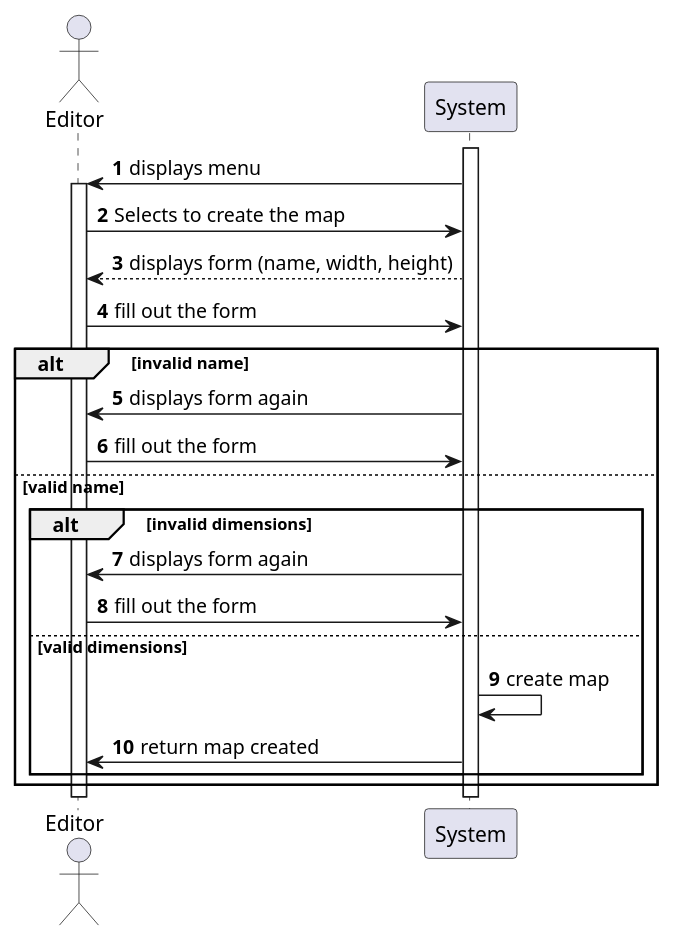
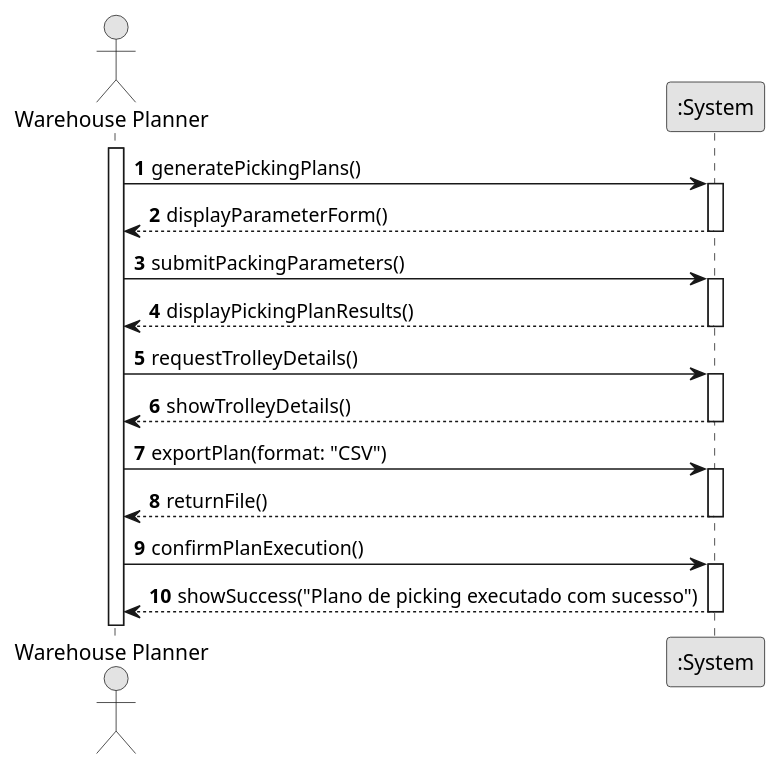
One commit to Departamento-de-Engenharia-Informatica/sem3-pi-25-26-g023-repo changed the diagram in src/SPRINT1/ESINF/USEI03/01.requirements-engineering/puml/USEI03-SSD.puml. Above: the diagram before and after it, drawn with PlantUML. The commit also changed 4 other files, not shown here.

```diff
--- a/src/SPRINT1/ESINF/USEI03/01.requirements-engineering/puml/USEI03-SSD.puml
+++ b/src/SPRINT1/ESINF/USEI03/01.requirements-engineering/puml/USEI03-SSD.puml
@@ -1,28 +1,43 @@
 @startuml
+
+
+skinparam monochrome true
+skinparam packageStyle rectangle
+skinparam shadowing false
 
 autonumber
 
-actor "Editor" as Editor
-participant "System" as System
+
+actor "Warehouse Planner" as Planner
+participant ":System" as System
+
+activate Planner
+
+    Planner -> System: generatePickingPlans()
+    activate System
+        System --> Planner: displayParameterForm()
+    deactivate System
+
+    Planner -> System: submitPackingParameters()
+    activate System
+        System --> Planner: displayPickingPlanResults()
+    deactivate System
+
+    Planner -> System: requestTrolleyDetails()
+    activate System
+        System --> Planner: showTrolleyDetails()
+    deactivate System
+
+    Planner -> System: exportPlan(format: "CSV")
+    activate System
+        System --> Planner: returnFile()
+    deactivate System
+
+    Planner -> System: confirmPlanExecution()
+    activate System
+        System --> Planner: showSuccess("Plano de picking executado com sucesso")
+    deactivate System
 
 
-activate System
-System -> Editor : displays menu
-activate Editor
-Editor -> System : Selects to create the map
-System --> Editor : displays form (name, width, height)
-Editor -> System : fill out the form
-alt invalid name
-    System -> Editor : displays form again
-    Editor -> System : fill out the form
-    else valid name
-    alt invalid dimensions
-        System -> Editor : displays form again
-        Editor -> System : fill out the form
-        else valid dimensions
-        System -> System : create map
-        System -> Editor : return map created
-    end
-end
 
 @enduml
```
